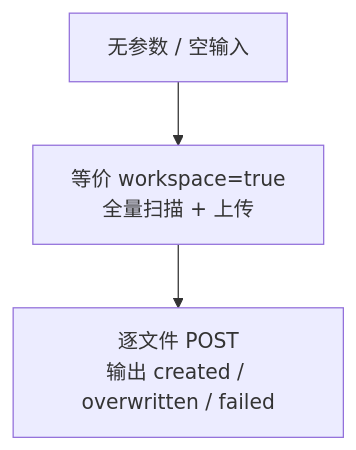
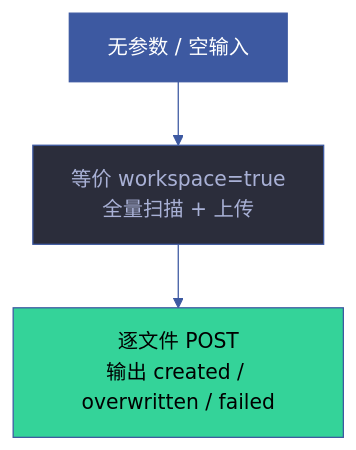
One commit to effiy/YrY changed the fifth of 7 diagrams in skills/rui-import/SKILL.md. Above: the diagram before and after it, drawn with Mermaid. The commit also changed other lines of this file and 1028 other files, not shown here.

````diff
--- a/skills/rui-import/SKILL.md
+++ b/skills/rui-import/SKILL.md
@@ -232,5 +302,17 @@
 ```mermaid
+%%{init: {'theme': 'base', 'themeVariables': {
+  'primaryColor': '#1e1f2b',
+  'primaryTextColor': '#a9b1d6',
+  'primaryBorderColor': '#3d59a1',
+  'lineColor': '#3d59a1',
+  'secondaryColor': '#2b2d3b',
+  'tertiaryColor': '#21232f'
+}}}%%
 flowchart TD
     EMPTY["无参数 / 空输入"]:::src --> DEFAULT["等价 workspace=true<br/>全量扫描 + 上传"]:::op
     DEFAULT --> RESULT["逐文件 POST<br/>输出 created / overwritten / failed"]:::out
+
+    classDef src fill:#3d59a1,color:#fff
+    classDef op fill:#2b2d3b,stroke:#3d59a1,color:#a9b1d6
+    classDef out fill:#34d399,color:#000
 ```
````
